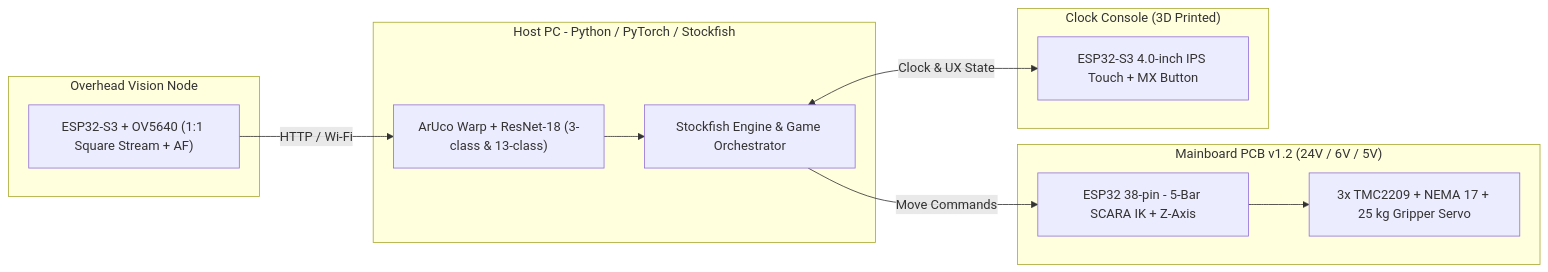
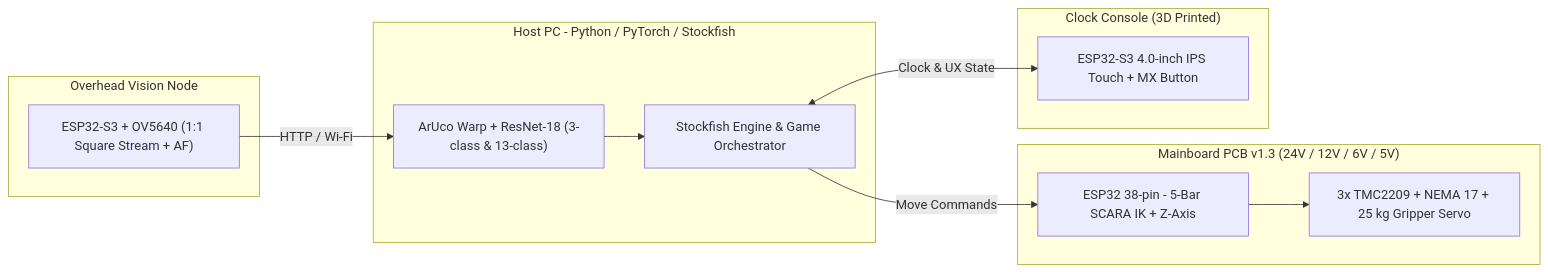
Before and after one commit to Andrea-Leonardi/ChessBotOs: the diagram in README.md, drawn with Mermaid. The commit also changed other lines of this file and 9 other files, not shown here.

Commit message:
Update Mainboard PCB to v1.3 (3rd MP1584EN 12V fan rail, Gerbers, renders, README)

````diff
--- a/README.md
+++ b/README.md
@@ -47,26 +47,26 @@
 ```mermaid
 flowchart LR
     subgraph HOST["Host PC - Python / PyTorch / Stockfish"]
         CV["ArUco Warp + ResNet-18 (3-class & 13-class)"]
         ENG["Stockfish Engine & Game Orchestrator"]
         CV --> ENG
     end
 
     subgraph CAM["Overhead Vision Node"]
         ESP_CAM["ESP32-S3 + OV5640 (1:1 Square Stream + AF)"]
     end
 
-    subgraph MOTION["Mainboard PCB v1.2 (24V / 6V / 5V)"]
+    subgraph MOTION["Mainboard PCB v1.3 (24V / 12V / 6V / 5V)"]
         ESP_MOT["ESP32 38-pin - 5-Bar SCARA IK + Z-Axis"]
         DRV["3x TMC2209 + NEMA 17 + 25 kg Gripper Servo"]
         ESP_MOT --> DRV
     end
 
     subgraph HMI["Clock Console (3D Printed)"]
         CLK["ESP32-S3 4.0-inch IPS Touch + MX Button"]
     end
 
     ESP_CAM -->|HTTP / Wi-Fi| CV
     ENG -->|Move Commands| ESP_MOT
     ENG <-->|Clock & UX State| CLK
 ```
````
